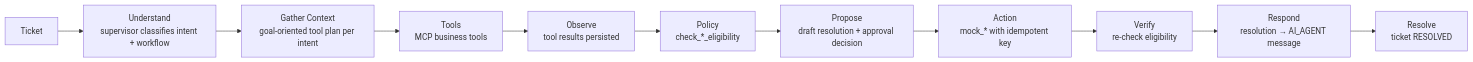
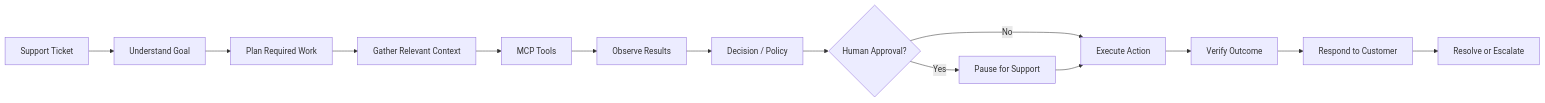
Before and after one commit to bkk07/northstar-worker: the second of 4 diagrams in README.md, drawn with Mermaid. The commit also changed other lines of this file and 1 other file, not shown here.

````diff
--- a/README.md
+++ b/README.md
@@ -124,13 +285,16 @@
 ```mermaid
 flowchart LR
-    T[Ticket] --> U[Understand\nsupervisor classifies intent + workflow]
-    U --> G[Gather Context\ngoal-oriented tool plan per intent]
-    G --> TL[Tools\nMCP business tools]
-    TL --> O[Observe\ntool results persisted]
-    O --> P[Policy\ncheck_*_eligibility]
-    P --> PR[Propose\ndraft resolution + approval decision]
-    PR --> A[Action\nmock_* with idempotent key]
-    A --> V[Verify\nre-check eligibility]
-    V --> RE[Respond\nresolution → AI_AGENT message]
-    RE --> RS[Resolve\nticket RESOLVED]
+    T[Support Ticket] --> U[Understand Goal]
+    U --> P[Plan Required Work]
+    P --> C[Gather Relevant Context]
+    C --> M[MCP Tools]
+    M --> O[Observe Results]
+    O --> D[Decision / Policy]
+    D --> H{Human Approval?}
+    H -->|No| A[Execute Action]
+    H -->|Yes| I[Pause for Support]
+    I --> A
+    A --> V[Verify Outcome]
+    V --> R[Respond to Customer]
+    R --> S[Resolve or Escalate]
 ```
````
